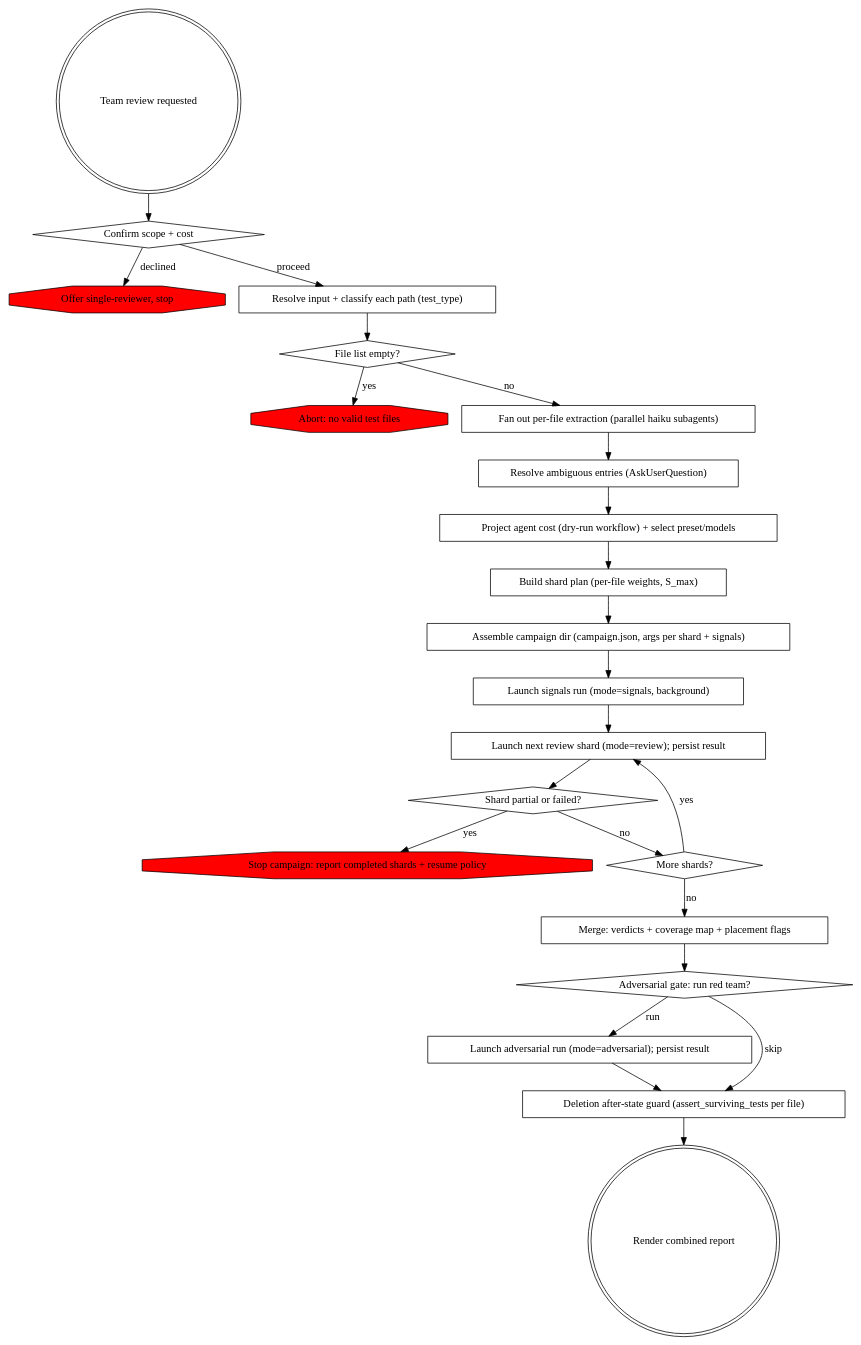
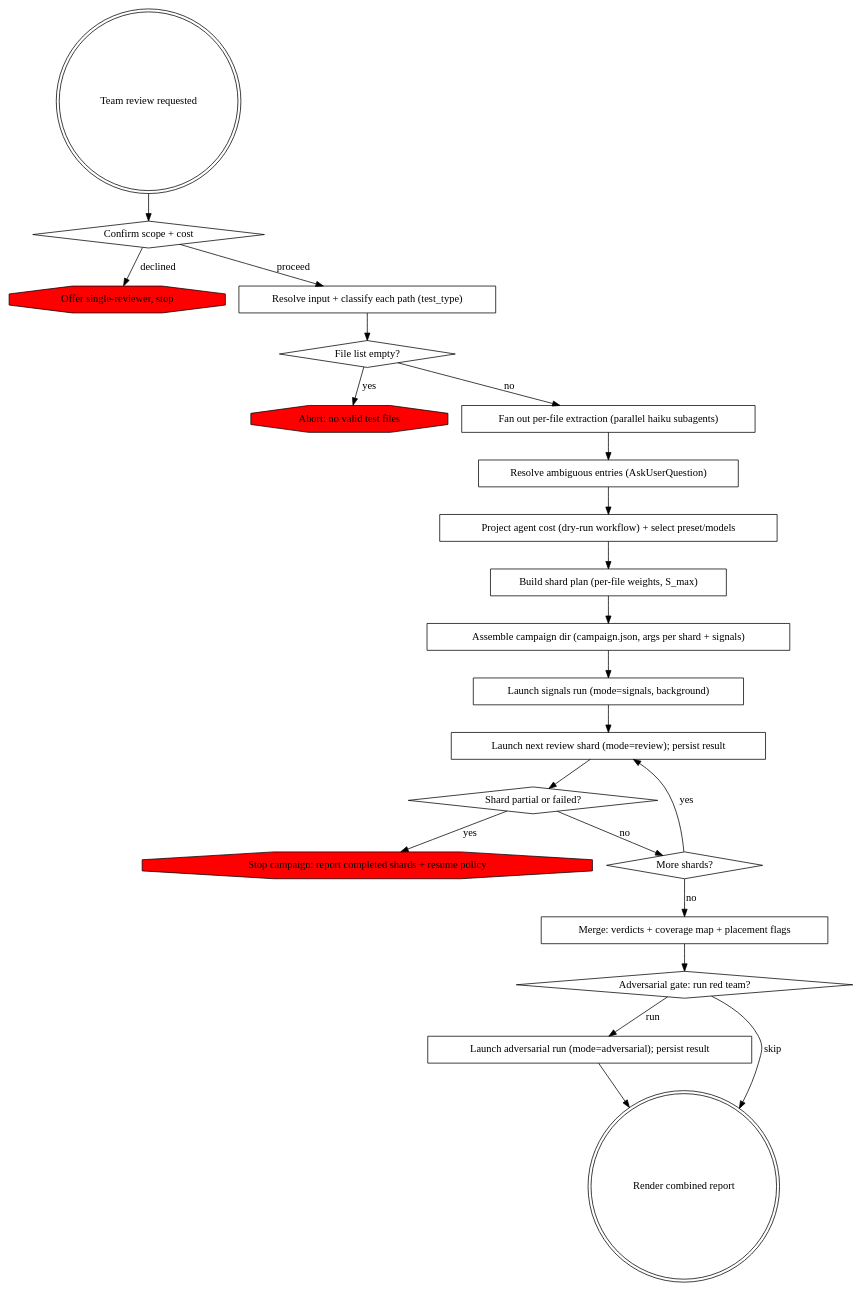
Before and after one commit to shopwareLabs/ai-coding-tools: the diagram in plugins/test-writing/skills/phpunit-test-team-reviewing/SKILL.md, drawn with Graphviz. The commit also changed other lines of this file and 21 other files, not shown here.

````diff
--- a/plugins/test-writing/skills/phpunit-test-team-reviewing/SKILL.md
+++ b/plugins/test-writing/skills/phpunit-test-team-reviewing/SKILL.md
@@ -12,48 +12,46 @@
 ```dot
 digraph team_review {
   "Team review requested" [shape=doublecircle];
   "Confirm scope + cost" [shape=diamond];
   "Offer single-reviewer, stop" [shape=octagon, style=filled, fillcolor=red];
   "Resolve input + classify each path (test_type)" [shape=box];
   "File list empty?" [shape=diamond];
   "Abort: no valid test files" [shape=octagon, style=filled, fillcolor=red];
   "Fan out per-file extraction (parallel haiku subagents)" [shape=box];
   "Resolve ambiguous entries (AskUserQuestion)" [shape=box];
   "Project agent cost (dry-run workflow) + select preset/models" [shape=box];
   "Build shard plan (per-file weights, S_max)" [shape=box];
   "Assemble campaign dir (campaign.json, args per shard + signals)" [shape=box];
   "Launch signals run (mode=signals, background)" [shape=box];
   "Launch next review shard (mode=review); persist result" [shape=box];
   "Shard partial or failed?" [shape=diamond];
   "Stop campaign: report completed shards + resume policy" [shape=octagon, style=filled, fillcolor=red];
   "More shards?" [shape=diamond];
   "Merge: verdicts + coverage map + placement flags" [shape=box];
   "Adversarial gate: run red team?" [shape=diamond];
   "Launch adversarial run (mode=adversarial); persist result" [shape=box];
-  "Deletion after-state guard (assert_surviving_tests per file)" [shape=box];
   "Render combined report" [shape=doublecircle];
 
   "Team review requested" -> "Confirm scope + cost";
   "Confirm scope + cost" -> "Offer single-reviewer, stop" [label="declined"];
   "Confirm scope + cost" -> "Resolve input + classify each path (test_type)" [label="proceed"];
   "Resolve input + classify each path (test_type)" -> "File list empty?";
   "File list empty?" -> "Abort: no valid test files" [label="yes"];
   "File list empty?" -> "Fan out per-file extraction (parallel haiku subagents)" [label="no"];
   "Fan out per-file extraction (parallel haiku subagents)" -> "Resolve ambiguous entries (AskUserQuestion)";
   "Resolve ambiguous entries (AskUserQuestion)" -> "Project agent cost (dry-run workflow) + select preset/models";
   "Project agent cost (dry-run workflow) + select preset/models" -> "Build shard plan (per-file weights, S_max)";
   "Build shard plan (per-file weights, S_max)" -> "Assemble campaign dir (campaign.json, args per shard + signals)";
   "Assemble campaign dir (campaign.json, args per shard + signals)" -> "Launch signals run (mode=signals, background)";
   "Launch signals run (mode=signals, background)" -> "Launch next review shard (mode=review); persist result";
   "Launch next review shard (mode=review); persist result" -> "Shard partial or failed?";
   "Shard partial or failed?" -> "Stop campaign: report completed shards + resume policy" [label="yes"];
   "Shard partial or failed?" -> "More shards?" [label="no"];
   "More shards?" -> "Launch next review shard (mode=review); persist result" [label="yes"];
   "More shards?" -> "Merge: verdicts + coverage map + placement flags" [label="no"];
   "Merge: verdicts + coverage map + placement flags" -> "Adversarial gate: run red team?";
   "Adversarial gate: run red team?" -> "Launch adversarial run (mode=adversarial); persist result" [label="run"];
-  "Adversarial gate: run red team?" -> "Deletion after-state guard (assert_surviving_tests per file)" [label="skip"];
-  "Launch adversarial run (mode=adversarial); persist result" -> "Deletion after-state guard (assert_surviving_tests per file)";
-  "Deletion after-state guard (assert_surviving_tests per file)" -> "Render combined report";
+  "Adversarial gate: run red team?" -> "Render combined report" [label="skip"];
+  "Launch adversarial run (mode=adversarial); persist result" -> "Render combined report";
 }
 ```
````
